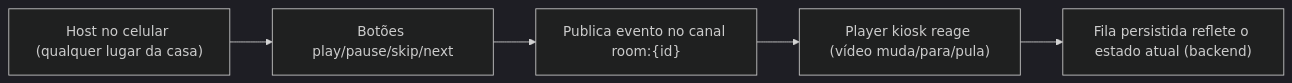
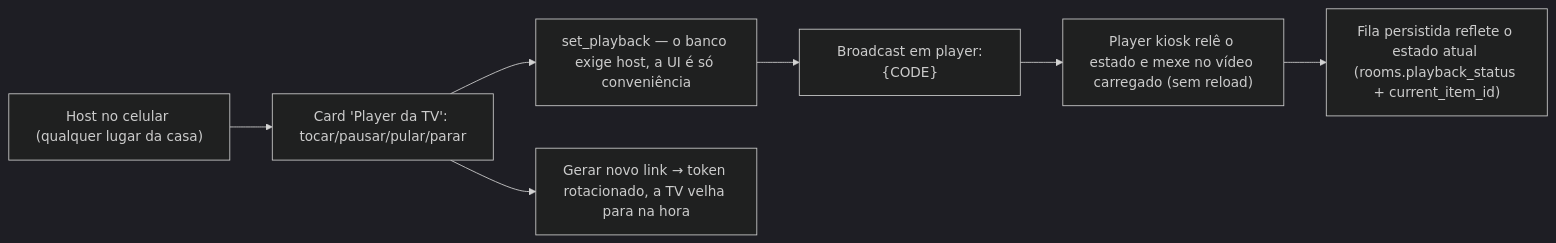
Before and after one commit to cavalcanteprofissional/karaoke-flow: the seventh of 7 diagrams in docs/flows/fluxos-do-usuario.md, drawn with Mermaid (dark theme). The commit also changed other lines of this file and 21 other files, not shown here.

````diff
--- a/docs/flows/fluxos-do-usuario.md
+++ b/docs/flows/fluxos-do-usuario.md
@@ -167,7 +172,9 @@
 ```mermaid
 flowchart LR
-    A["Host no celular (qualquer lugar da casa)"] --> B["Botões play/pause/skip/next"]
-    B --> C["Publica evento no canal room:{id}"]
-    C --> D["Player kiosk reage (vídeo muda/para/pula)"]
-    D --> E["Fila persistida reflete o estado atual (backend)"]
+    A["Host no celular (qualquer lugar da casa)"] --> B["Card 'Player da TV': tocar/pausar/pular/parar"]
+    B --> C["set_playback — o banco exige host, a UI é só conveniência"]
+    C --> D["Broadcast em player:{CODE}"]
+    D --> E["Player kiosk relê o estado e mexe no vídeo carregado (sem reload)"]
+    E --> F["Fila persistida reflete o estado atual (rooms.playback_status + current_item_id)"]
+    B --> G["Gerar novo link → token rotacionado, a TV velha para na hora"]
 ```
````
